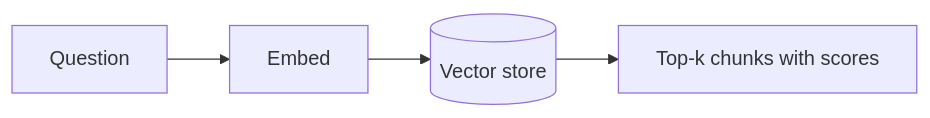
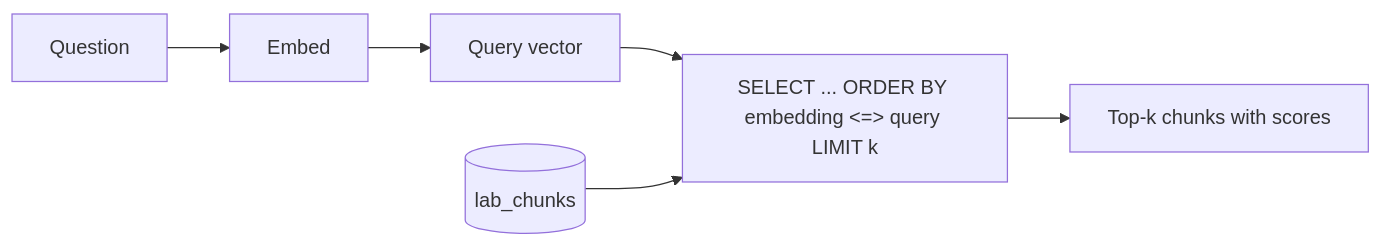
Before and after one commit to Thommans-Playground/coursera-IBM-RAG-Agentic-AI-Professional-Certificate: the fifth of 8 diagrams in course2/module1/tutorials/03-build-the-rag-lab-web-app.md, drawn with Mermaid. The commit also changed other lines of this file and 18 other files, not shown here.

Commit message:
Enhance RAG Lab Web App: Integrate PostgreSQL with pgvector, refactor Lab class for indexing and searching, and implement history-based question rewriting for improved context handling.

````diff
--- a/course2/module1/tutorials/03-build-the-rag-lab-web-app.md
+++ b/course2/module1/tutorials/03-build-the-rag-lab-web-app.md
@@ -400,4 +562,7 @@
 ```mermaid
 flowchart LR
-    Q["Question"] --> E["Embed"] --> V[("Vector store")] --> H["Top-k chunks with scores"]
+    Q["Question"] --> E["Embed"] --> V["Query vector"]
+    V --> S["SELECT ... ORDER BY embedding <=> query LIMIT k"]
+    T[("lab_chunks")] --> S
+    S --> H["Top-k chunks with scores"]
 ```
````
